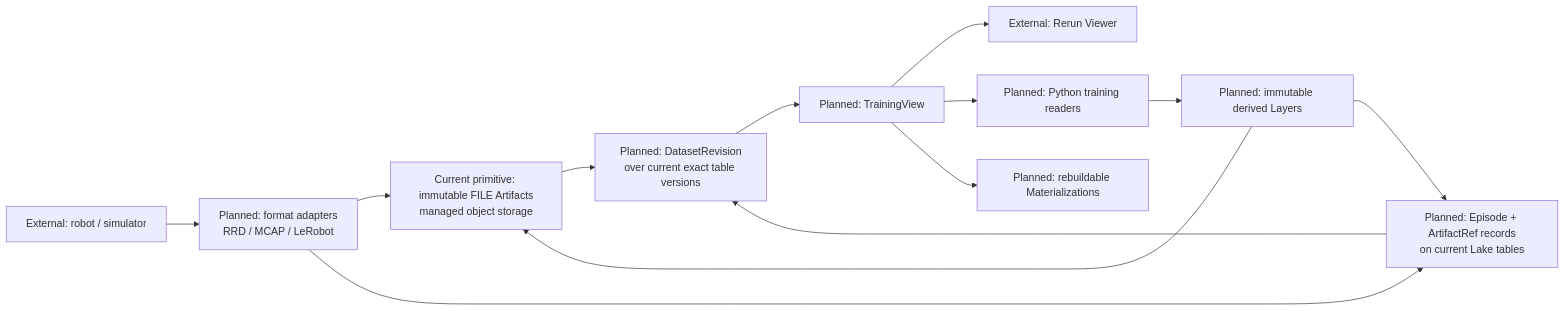
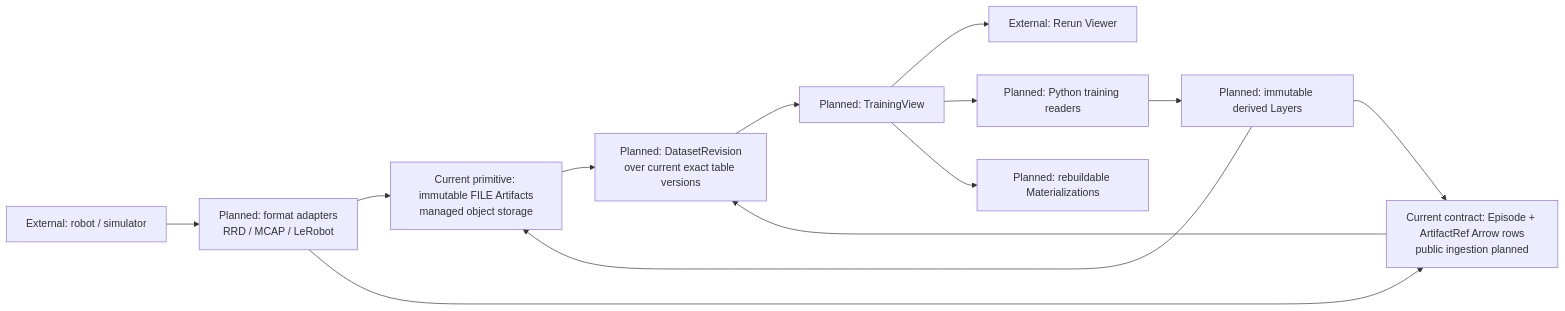
The second of 3 diagrams in docs/architecture.md (rararulab/lake), drawn with Mermaid before and after one commit. The commit also changed other lines of this file and 12 other files, not shown here.

First line of the commit message:
feat(robotics): define Episode and ArtifactRef table contract (#258)

````diff
--- a/docs/architecture.md
+++ b/docs/architecture.md
@@ -69,15 +70,15 @@
 ```mermaid
 flowchart LR
     source["External: robot / simulator"] --> adapters["Planned: format adapters\nRRD / MCAP / LeRobot"]
     adapters --> objects["Current primitive: immutable FILE Artifacts\nmanaged object storage"]
-    adapters --> episodes["Planned: Episode + ArtifactRef records\non current Lake tables"]
+    adapters --> episodes["Current contract: Episode + ArtifactRef Arrow rows\npublic ingestion planned"]
     objects --> revision["Planned: DatasetRevision\nover current exact table versions"]
     episodes --> revision
     revision --> view["Planned: TrainingView"]
     view --> rerun["External: Rerun Viewer"]
     view --> training["Planned: Python training readers"]
     view --> materialized["Planned: rebuildable Materializations"]
     training --> layers["Planned: immutable derived Layers"]
     layers --> objects
     layers --> episodes
 ```
````
